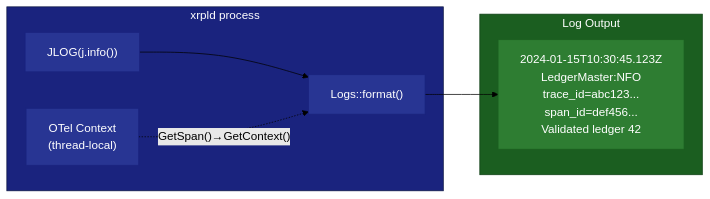
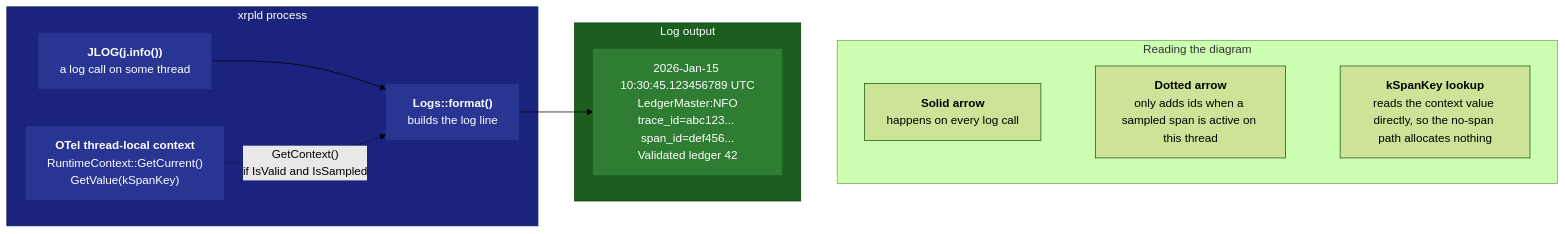
The third of 8 diagrams in OpenTelemetryPlan/06-implementation-phases.md (XRPLF/rippled), drawn with Mermaid (forest theme) before and after one commit. The commit also changed other lines of this file and 9 other files, not shown here.

````diff
--- a/OpenTelemetryPlan/06-implementation-phases.md
+++ b/OpenTelemetryPlan/06-implementation-phases.md
@@ -606,23 +606,44 @@
 ```mermaid
 flowchart LR
     subgraph xrpld["xrpld process"]
-        JLOG["JLOG(j.info())"]
-        Format["Logs::format()"]
-        OTelCtx["OTel Context<br/>(thread-local)"]
+        JLOG["`**JLOG(j.info())**
+        a log call on some thread`"]
+        Format["`**Logs::format()**
+        builds the log line`"]
+        OTelCtx["`**OTel thread-local context**
+        RuntimeContext::GetCurrent()
+        GetValue(kSpanKey)`"]
         JLOG --> Format
-        OTelCtx -.->|"GetSpan()→GetContext()"| Format
+        OTelCtx -.->|"`GetContext()
+        if IsValid and IsSampled`"| Format
     end
 
-    subgraph output["Log Output"]
-        LogLine["2024-01-15T10:30:45.123Z<br/>LedgerMaster:NFO<br/>trace_id=abc123...<br/>span_id=def456...<br/>Validated ledger 42"]
+    subgraph output["Log output"]
+        LogLine["`2026-Jan-15 10:30:45.123456789 UTC
+        LedgerMaster:NFO
+        trace_id=abc123... span_id=def456...
+        Validated ledger 42`"]
     end
 
     Format --> LogLine
+
+    subgraph legend["Reading the diagram"]
+        direction LR
+        L1["`**Solid arrow**
+        happens on every log call`"]
+        L2["`**Dotted arrow**
+        only adds ids when a sampled span is active on this thread`"]
+        L3["`**kSpanKey lookup**
+        reads the context value directly, so the no-span path allocates nothing`"]
+    end
+
+    L1 ~~~ L2 ~~~ L3
+    output ~~~ legend
 
     style xrpld fill:#1a237e,stroke:#0d1642,color:#fff
     style output fill:#1b5e20,stroke:#0d3d14,color:#fff
     style JLOG fill:#283593,stroke:#1a237e,color:#fff
     style Format fill:#283593,stroke:#1a237e,color:#fff
     style OTelCtx fill:#283593,stroke:#1a237e,color:#fff
     style LogLine fill:#2e7d32,stroke:#1b5e20,color:#fff
 ```
````
